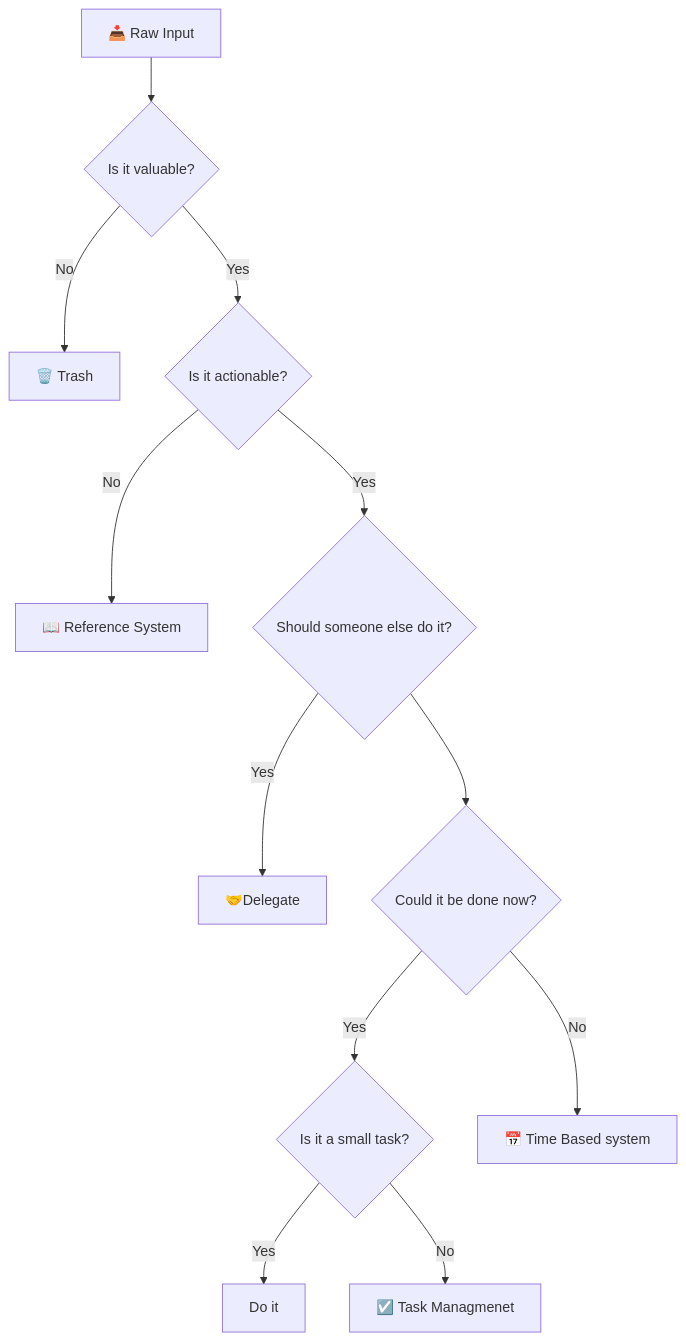
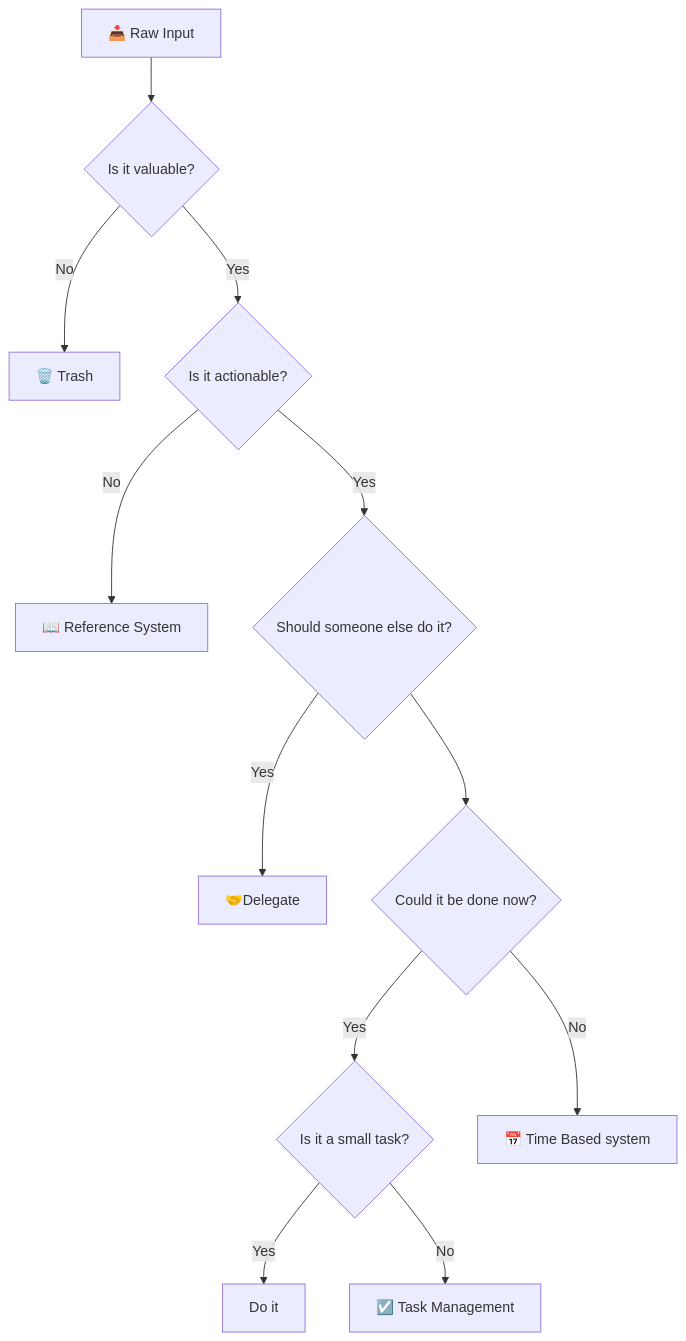
One commit to forrestpitz/forrestpitz.github.io changed the first of 2 diagrams in _posts/2023-01-05-process.md. Above: the diagram before and after it, drawn with Mermaid. The commit also changed other lines of this file and 15 other files, not shown here.

````diff
--- a/_posts/2023-01-05-process.md
+++ b/_posts/2023-01-05-process.md
@@ -19,14 +19,14 @@
 ```mermaid
 graph TD
     A["📥 Raw Input"] --> B{Is it valuable?}
     B --> |No|C["🗑️ Trash"]
     B --> |Yes|D{Is it actionable?}
     D --> |No|F["📖 Reference System"]
     D --> |Yes|L{Should someone else do it?}
     L --> |Yes|M["🤝Delegate"]
     L --> G{Could it be done now?}
     G --> |Yes|H{Is it a small task?}
     H --> |Yes|J[Do it]
-    H --> |No|K["☑️ Task Managmenet"]
+    H --> |No|K["☑️ Task Management"]
     G --> |No|I["📅 Time Based system"]
 ```
````
